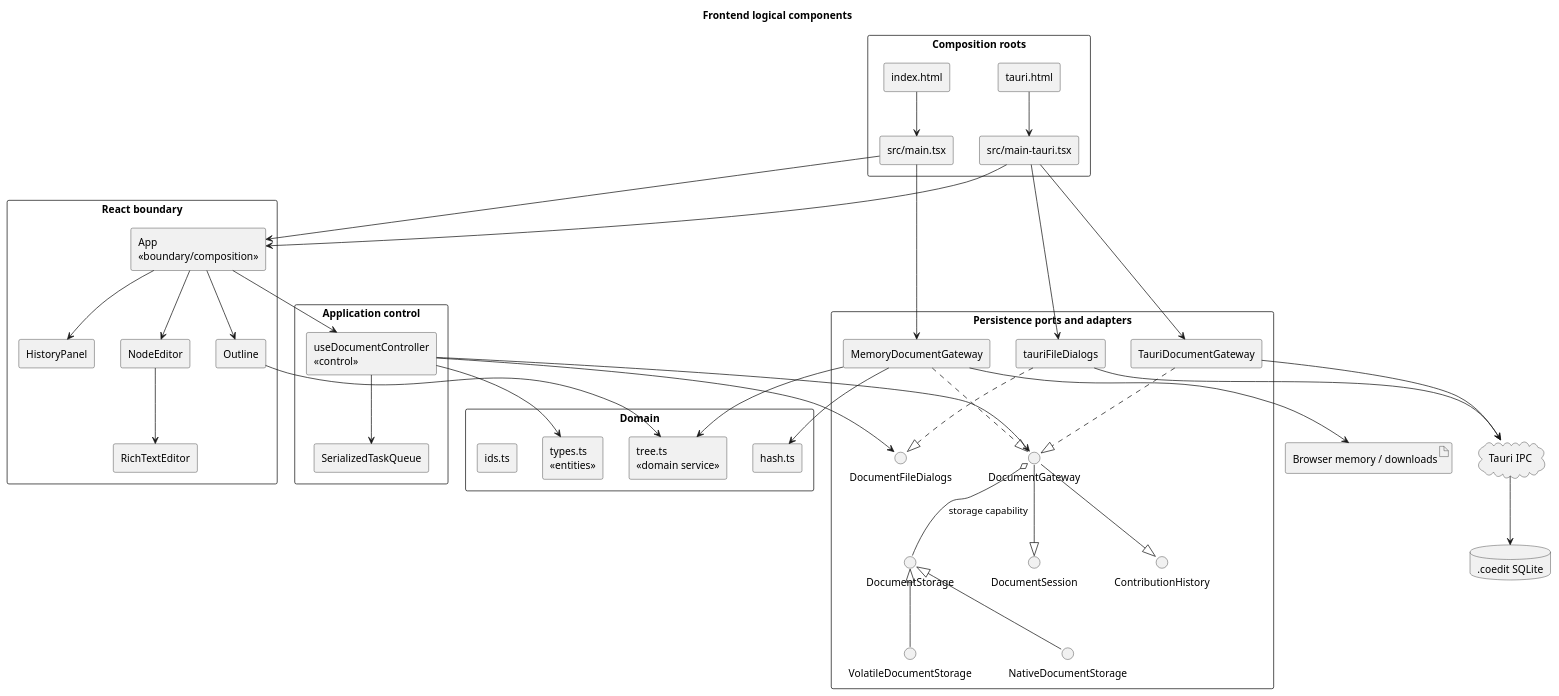
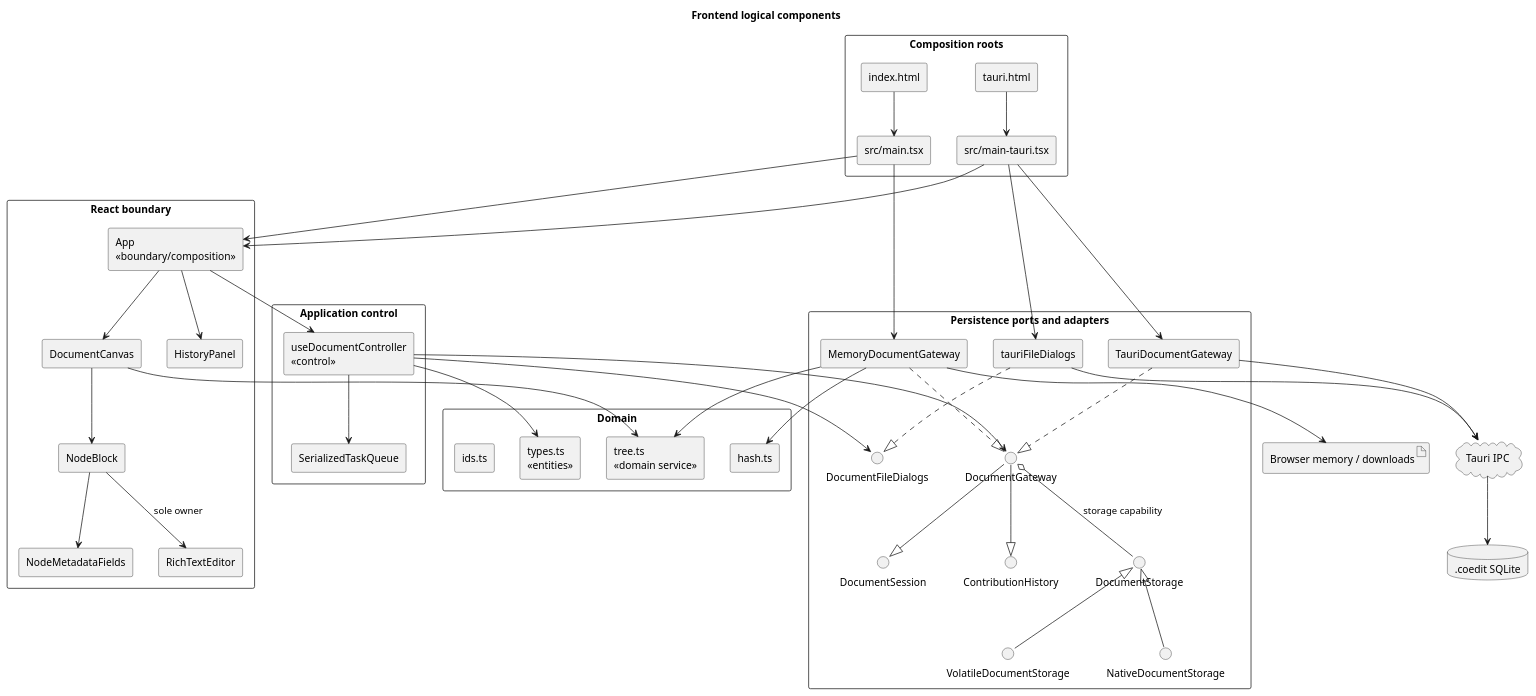
Before and after one commit to benoit-gl/coedit: the first of 2 diagrams in docs/FRONTEND_DESIGN.md, drawn with PlantUML. The commit also changed other lines of this file and 33 other files, not shown here.

```diff
--- a/docs/FRONTEND_DESIGN.md
+++ b/docs/FRONTEND_DESIGN.md
@@ -50,8 +50,9 @@
 
 package "React boundary" {
   [App\n<<boundary/composition>>] as App
-  [Outline] as Outline
-  [NodeEditor] as NodeEditor
+  [DocumentCanvas] as Canvas
+  [NodeBlock] as NodeBlock
+  [NodeMetadataFields] as Metadata
   [RichTextEditor] as RichTextEditor
   [HistoryPanel] as HistoryPanel
 }
@@ -93,9 +94,10 @@
 TauriMain --> TauriGateway
 TauriMain --> TauriDialogs
 
-App --> Outline
-App --> NodeEditor
-NodeEditor --> RichTextEditor
+App --> Canvas
+Canvas --> NodeBlock
+NodeBlock --> Metadata
+NodeBlock --> RichTextEditor : sole owner
 App --> HistoryPanel
 App --> Controller
 Controller --> Queue
@@ -107,7 +109,7 @@
 DocumentGateway o-- DocumentStorage : storage capability
 DocumentStorage <|-- VolatileDocumentStorage
 DocumentStorage <|-- NativeDocumentStorage
-Outline --> Tree
+Canvas --> Tree
 Memory ..|> DocumentGateway
 Memory --> Tree
 Memory --> Hash
```
